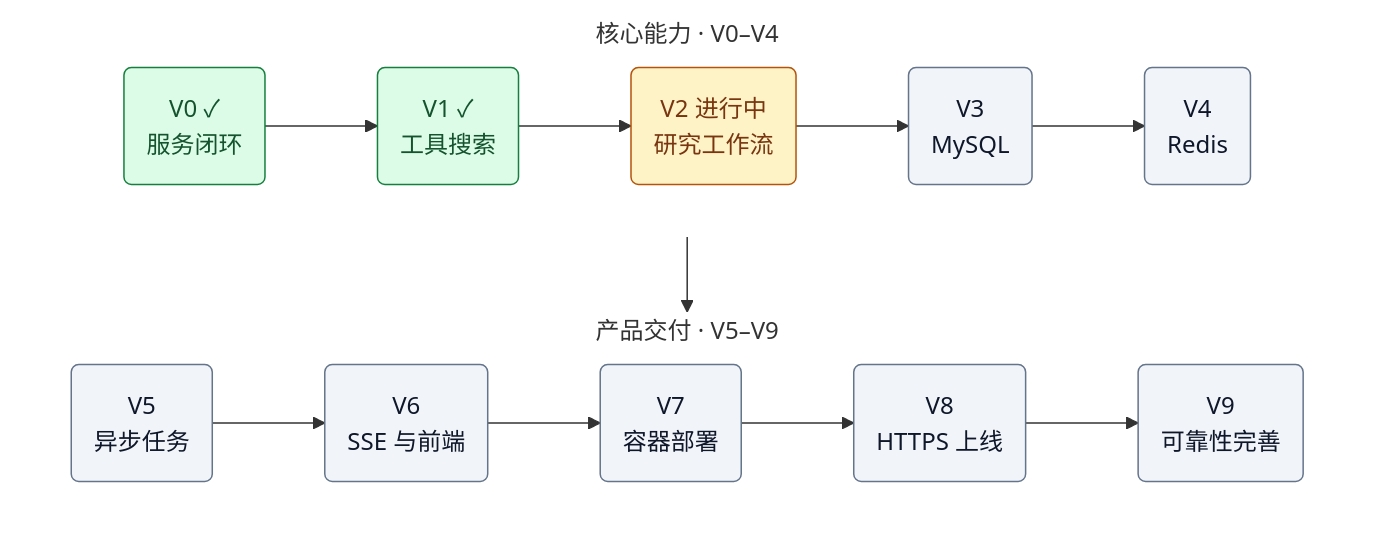
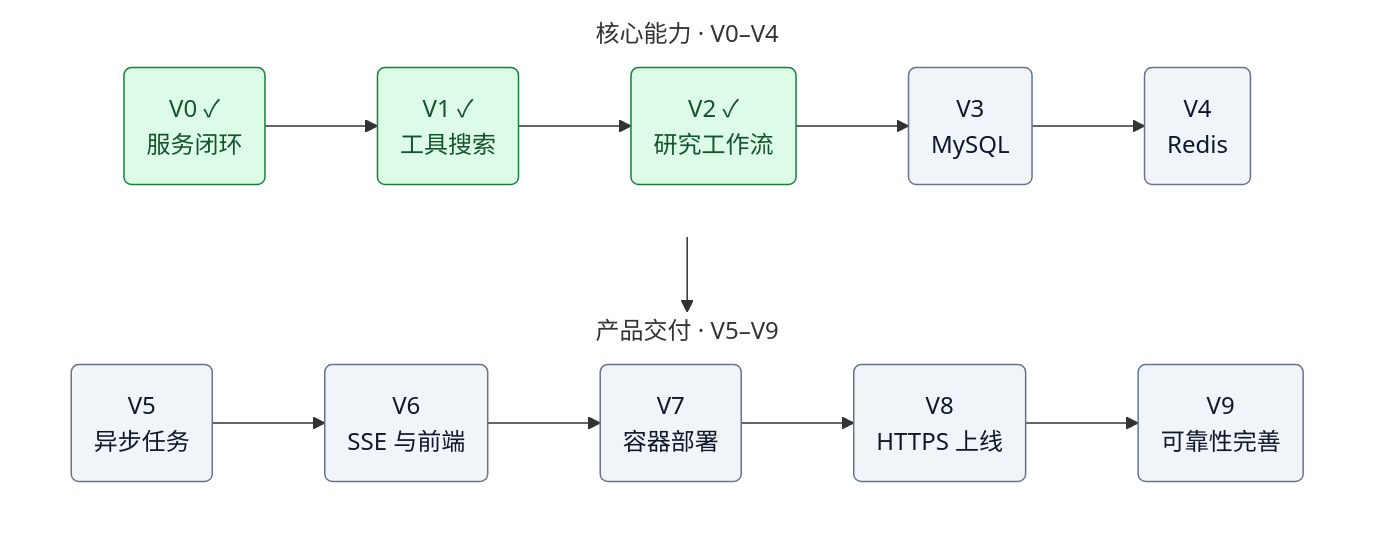
One commit to qiangwei0513/ai-research-platform changed the diagram in README.md. Above: the diagram before and after it, drawn with Mermaid. The commit also changed other lines of this file and 9 other files, not shown here.

````diff
--- a/README.md
+++ b/README.md
@@ -15,34 +11,32 @@
 ```mermaid
 flowchart TB
     subgraph CORE["核心能力 · V0–V4"]
         direction LR
         V0("V0 ✓<br/>服务闭环")
         V1("V1 ✓<br/>工具搜索")
-        V2("V2 进行中<br/>研究工作流")
+        V2("V2 ✓<br/>研究工作流")
         V3("V3<br/>MySQL")
         V4("V4<br/>Redis")
         V0 --> V1 --> V2 --> V3 --> V4
     end
 
     subgraph DELIVERY["产品交付 · V5–V9"]
         direction LR
         V5("V5<br/>异步任务")
         V6("V6<br/>SSE 与前端")
         V7("V7<br/>容器部署")
         V8("V8<br/>HTTPS 上线")
         V9("V9<br/>可靠性完善")
         V5 --> V6 --> V7 --> V8 --> V9
     end
 
     CORE --> DELIVERY
 
     style CORE fill:transparent,stroke:transparent
     style DELIVERY fill:transparent,stroke:transparent
 
     classDef done fill:#dcfce7,stroke:#15803d,color:#14532d;
-    classDef active fill:#fef3c7,stroke:#b45309,color:#78350f;
     classDef planned fill:#f1f5f9,stroke:#64748b,color:#0f172a;
-    class V0,V1 done;
-    class V2 active;
+    class V0,V1,V2 done;
     class V3,V4,V5,V6,V7,V8,V9 planned;
 ```
````
